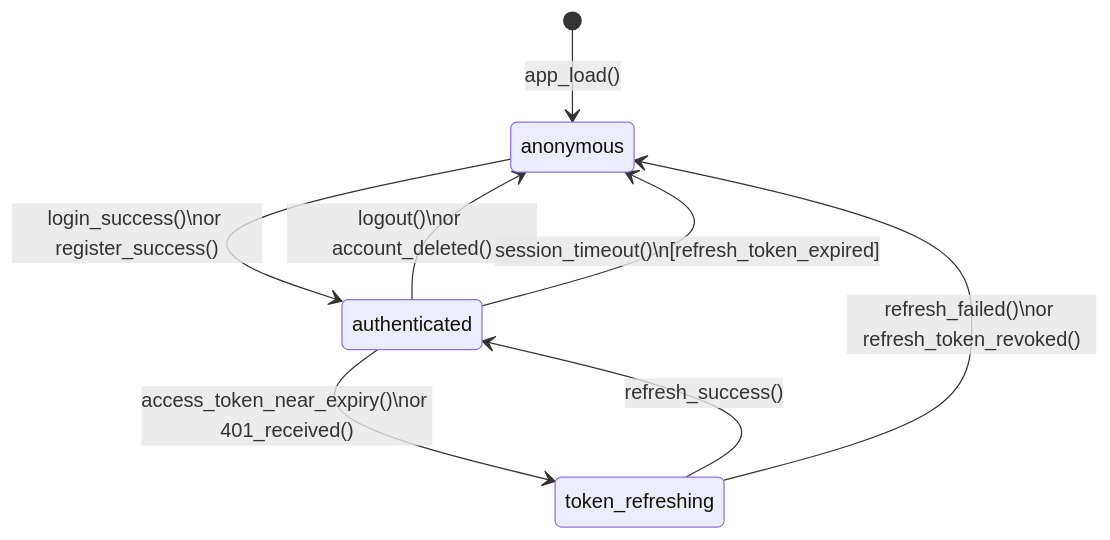
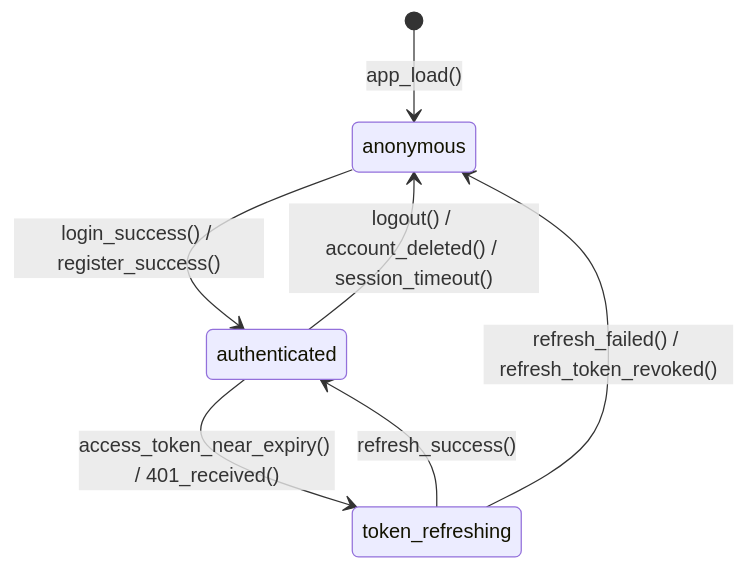
One commit to quangtanfet-commits/weup-career changed the fifth of 9 diagrams in docs/architecture/state-diagrams.md. Above: the diagram before and after it, drawn with Mermaid. The commit also changed other lines of this file and 39 other files, not shown here.

````diff
--- a/docs/architecture/state-diagrams.md
+++ b/docs/architecture/state-diagrams.md
@@ -51,14 +111,9 @@
 ```mermaid
 stateDiagram-v2
     [*] --> anonymous : app_load()
-
-    anonymous --> authenticated : login_success()\nor register_success()
-
-    authenticated --> token_refreshing : access_token_near_expiry()\nor 401_received()
-    
+    anonymous --> authenticated : login_success() / register_success()
+    authenticated --> token_refreshing : access_token_near_expiry() / 401_received()
     token_refreshing --> authenticated : refresh_success()
-    token_refreshing --> anonymous : refresh_failed()\nor refresh_token_revoked()
-    
-    authenticated --> anonymous : logout()\nor account_deleted()
-    authenticated --> anonymous : session_timeout()\n[refresh_token_expired]
+    token_refreshing --> anonymous : refresh_failed() / refresh_token_revoked()
+    authenticated --> anonymous : logout() / account_deleted() / session_timeout()
 ```
````
